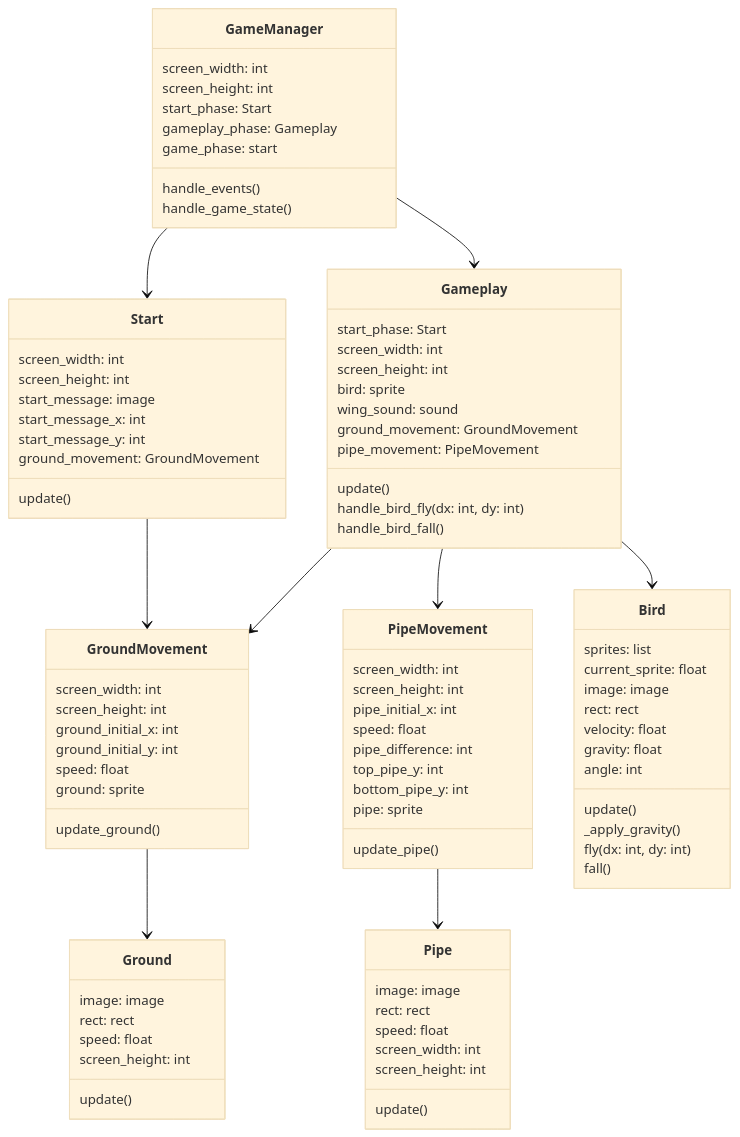
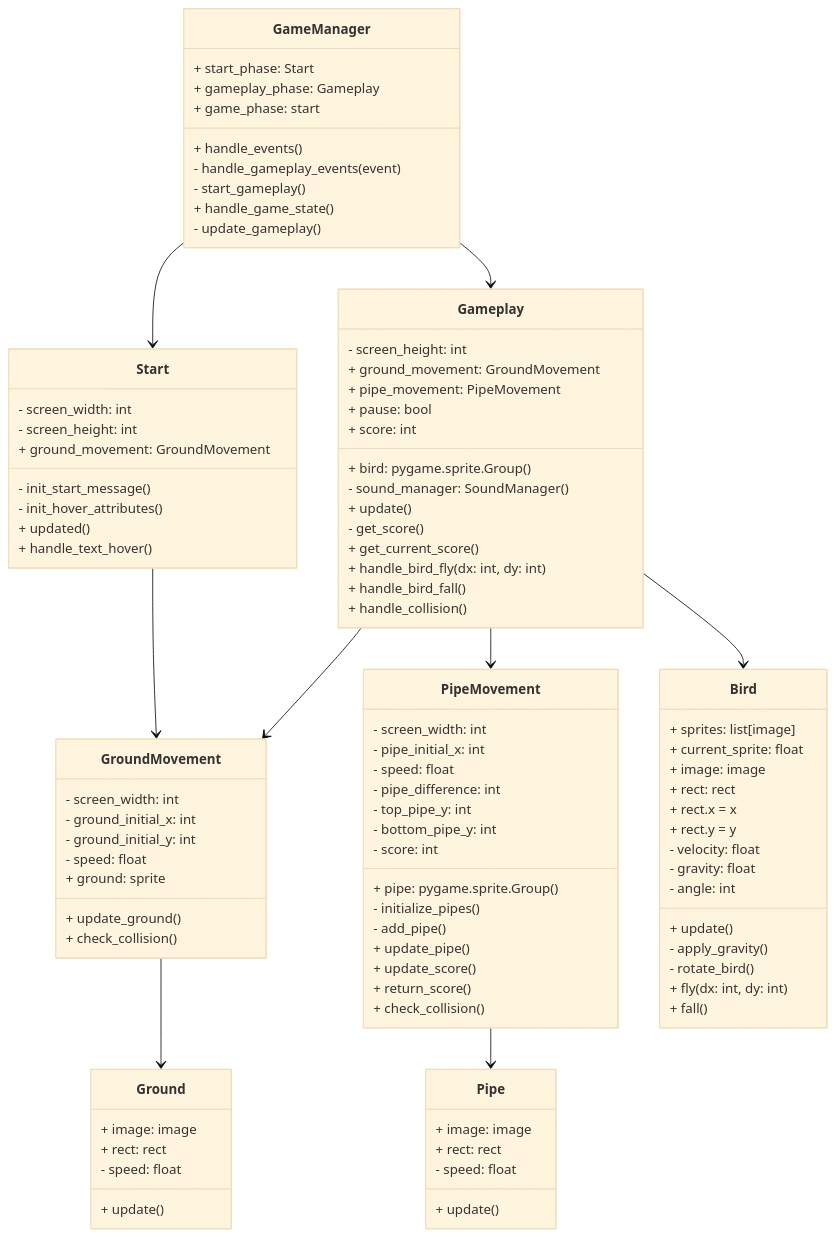
One commit to LerkkaP/flappy-bird changed the diagram in dokumentaatio/arkkitehtuuri.md. Above: the diagram before and after it, drawn with Mermaid (base theme). The commit also changed 11 other files, not shown here.

Commit message:
fix pylint errors, refactor, update class diagram

````diff
--- a/dokumentaatio/arkkitehtuuri.md
+++ b/dokumentaatio/arkkitehtuuri.md
@@ -16,89 +16,98 @@
     GroundMovement --> Ground
 
     class GameManager {
-        screen_width: int
-        screen_height: int
-        start_phase: Start
-        gameplay_phase: Gameplay
-        game_phase: start
-        handle_events()
-        handle_game_state()
+        + start_phase: Start
+        + gameplay_phase: Gameplay
+        + game_phase: start
+        + handle_events()
+        - handle_gameplay_events(event)
+        - start_gameplay()
+        + handle_game_state()
+        - update_gameplay()
     }
 
     class Start {
-        screen_width: int
-        screen_height: int
-        start_message: image
-        start_message_x: int
-        start_message_y: int
-        ground_movement: GroundMovement
-        update()
+        - screen_width: int
+        - screen_height: int
+        + ground_movement: GroundMovement
+        - init_start_message()
+        - init_hover_attributes()
+        + updated()
+        + handle_text_hover()
     }
 
     class Gameplay {
-        start_phase: Start
-        screen_width: int
-        screen_height: int
-        bird: sprite
-        wing_sound: sound
-        ground_movement: GroundMovement
-        pipe_movement: PipeMovement
-        update()
-        handle_bird_fly(dx: int, dy: int)
-        handle_bird_fall()
+        - screen_height: int
+        + bird: pygame.sprite.Group()
+        - sound_manager: SoundManager()
+        + ground_movement: GroundMovement
+        + pipe_movement: PipeMovement
+        + pause: bool
+        + score: int
+        + update()
+        - get_score()
+        + get_current_score()
+        + handle_bird_fly(dx: int, dy: int)
+        + handle_bird_fall()
+        + handle_collision()
     }
 
     class GroundMovement {
-        screen_width: int
-        screen_height: int
-        ground_initial_x: int
-        ground_initial_y: int
-        speed: float
-        ground: sprite
-        update_ground()
+        - screen_width: int
+        - ground_initial_x: int
+        - ground_initial_y: int
+        - speed: float
+        + ground: sprite
+        + update_ground()
+        + check_collision()
     }
 
     class PipeMovement {
-        screen_width: int
-        screen_height: int
-        pipe_initial_x: int
-        speed: float
-        pipe_difference: int
-        top_pipe_y: int
-        bottom_pipe_y: int
-        pipe: sprite
-        update_pipe()
+        - screen_width: int
+        - pipe_initial_x: int
+        - speed: float
+        - pipe_difference: int
+        - top_pipe_y: int
+        - bottom_pipe_y: int
+        + pipe: pygame.sprite.Group()
+        - score: int
+        - initialize_pipes()
+        - add_pipe()
+        + update_pipe()
+        + update_score()
+        + return_score()
+        + check_collision()
     }
 
     class Pipe {
-        image: image
-        rect: rect
-        speed: float
-        screen_width: int
-        screen_height: int
-        update()
+        + image: image
+        + rect: rect
+        - speed: float
+        + update()
     }
 
     class Ground {
-        image: image
-        rect: rect
-        speed: float
-        screen_height: int
-        update()
+        + image: image
+        + rect: rect
+        - speed: float
+        + update()
     }
 
     class Bird {
-        sprites: list
-        current_sprite: float
-        image: image
-        rect: rect
-        velocity: float
-        gravity: float
-        angle: int
-        update()
-        _apply_gravity()
-        fly(dx: int, dy: int)
-        fall()
+        + sprites: list[image]
+        + current_sprite: float
+        + image: image
+        + rect: rect
+        + rect.x = x
+        + rect.y = y
+        - velocity: float
+        - gravity: float
+        - angle: int
+        + update()
+        - apply_gravity()
+        - rotate_bird()
+        + fly(dx: int, dy: int)
+        + fall()
     }
 
 ```
````
